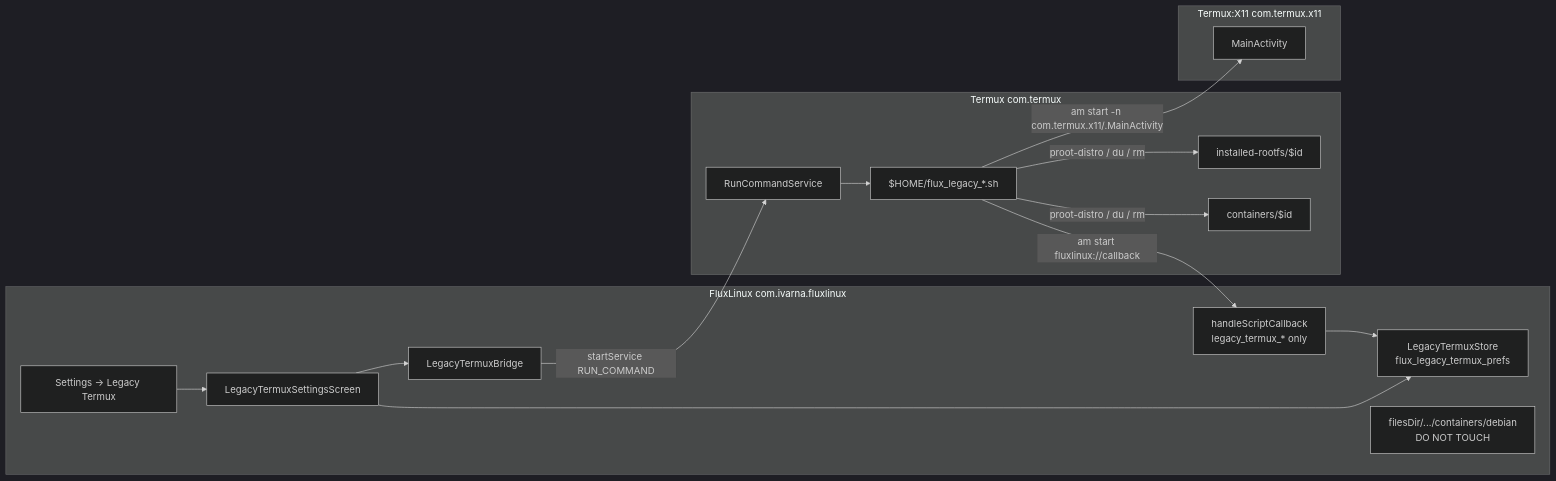
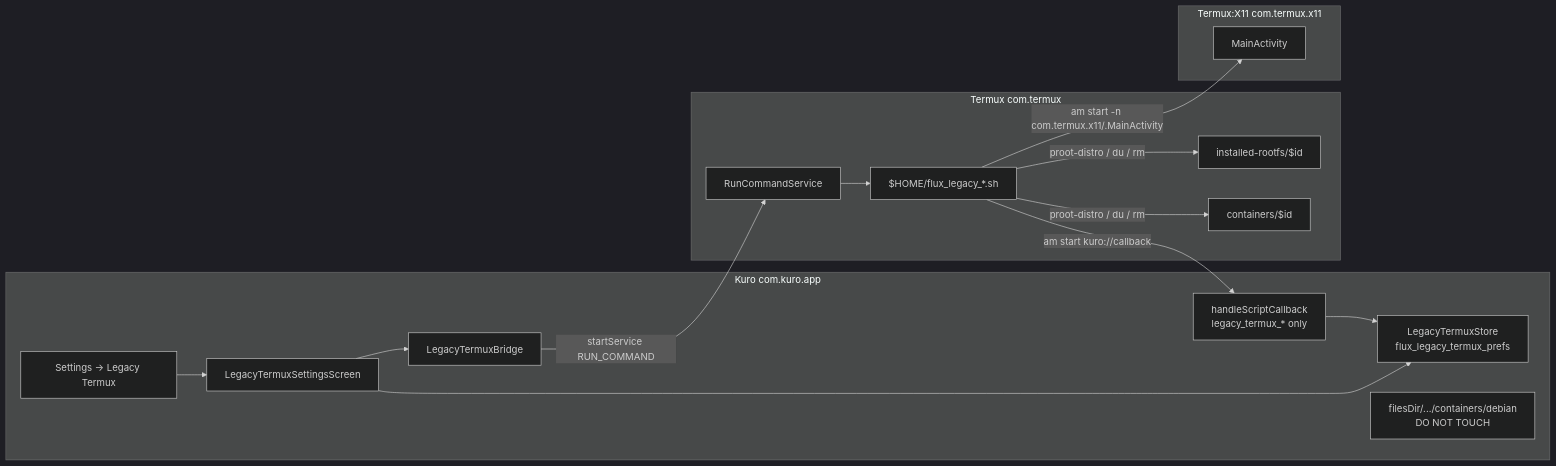
One commit to HakaI963/kuro changed the second of 2 diagrams in docs/plans/legacy-termux-proot-settings.md. Above: the diagram before and after it, drawn with Mermaid (dark theme). The commit also changed other lines of this file and 573 other files, not shown here.

````diff
--- a/docs/plans/legacy-termux-proot-settings.md
+++ b/docs/plans/legacy-termux-proot-settings.md
@@ -200,27 +200,27 @@
 ```mermaid
 flowchart LR
-    subgraph FL["FluxLinux com.ivarna.fluxlinux"]
+    subgraph FL["Kuro com.kuro.app"]
         Card["Settings → Legacy Termux"]
         Page["LegacyTermuxSettingsScreen"]
         Bridge["LegacyTermuxBridge"]
         Store["LegacyTermuxStore\nflux_legacy_termux_prefs"]
         CB["handleScriptCallback\nlegacy_termux_* only"]
         Emb["filesDir/.../containers/debian\nDO NOT TOUCH"]
     end
     subgraph TX["Termux com.termux"]
         RCS["RunCommandService"]
         Home["$HOME/flux_legacy_*.sh"]
         Old["installed-rootfs/$id"]
         New["containers/$id"]
     end
     subgraph X11["Termux:X11 com.termux.x11"]
         Act["MainActivity"]
     end
     Card --> Page --> Bridge
     Page --> Store
     Bridge -->|"startService RUN_COMMAND"| RCS --> Home
     Home -->|"proot-distro / du / rm"| Old
     Home -->|"proot-distro / du / rm"| New
-    Home -->|"am start fluxlinux://callback"| CB --> Store
+    Home -->|"am start kuro://callback"| CB --> Store
     Home -->|"am start -n com.termux.x11/.MainActivity"| Act
 ```
````
